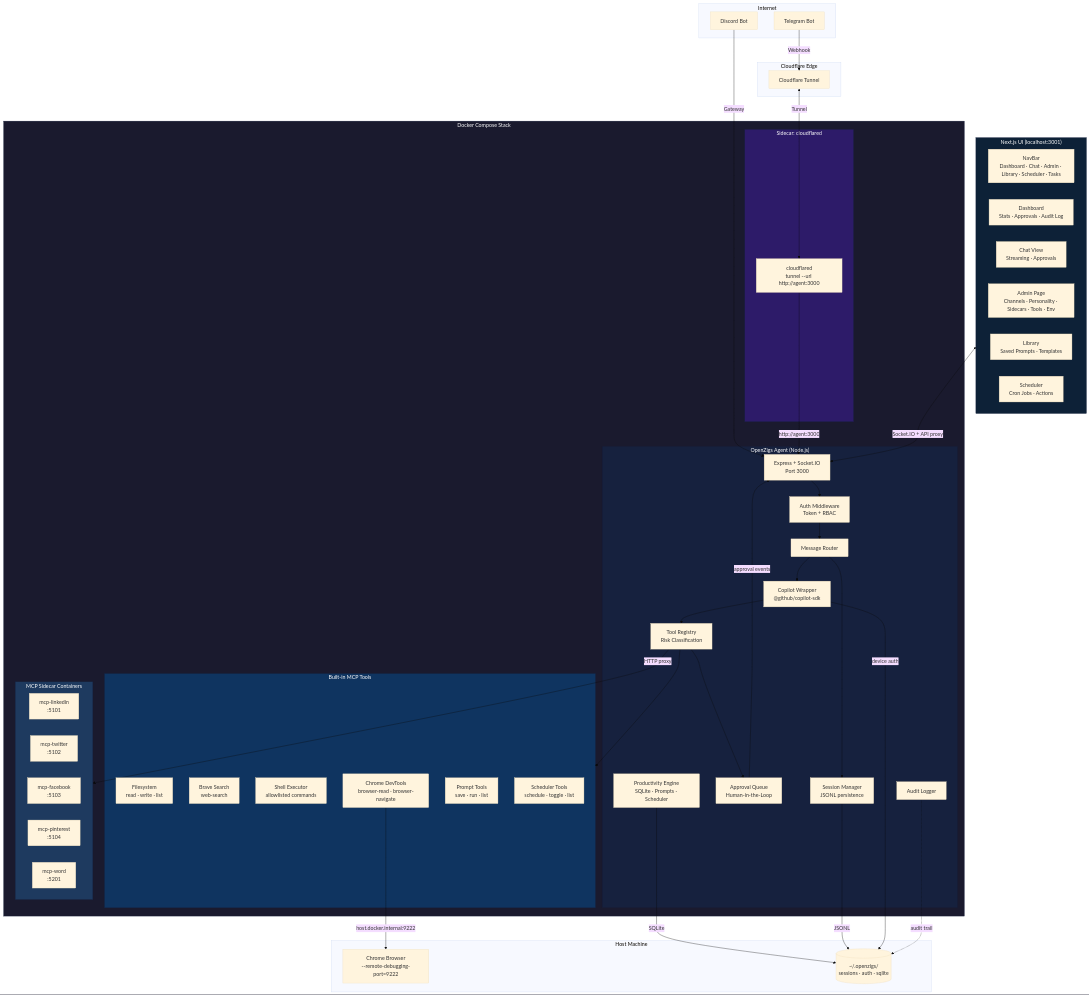
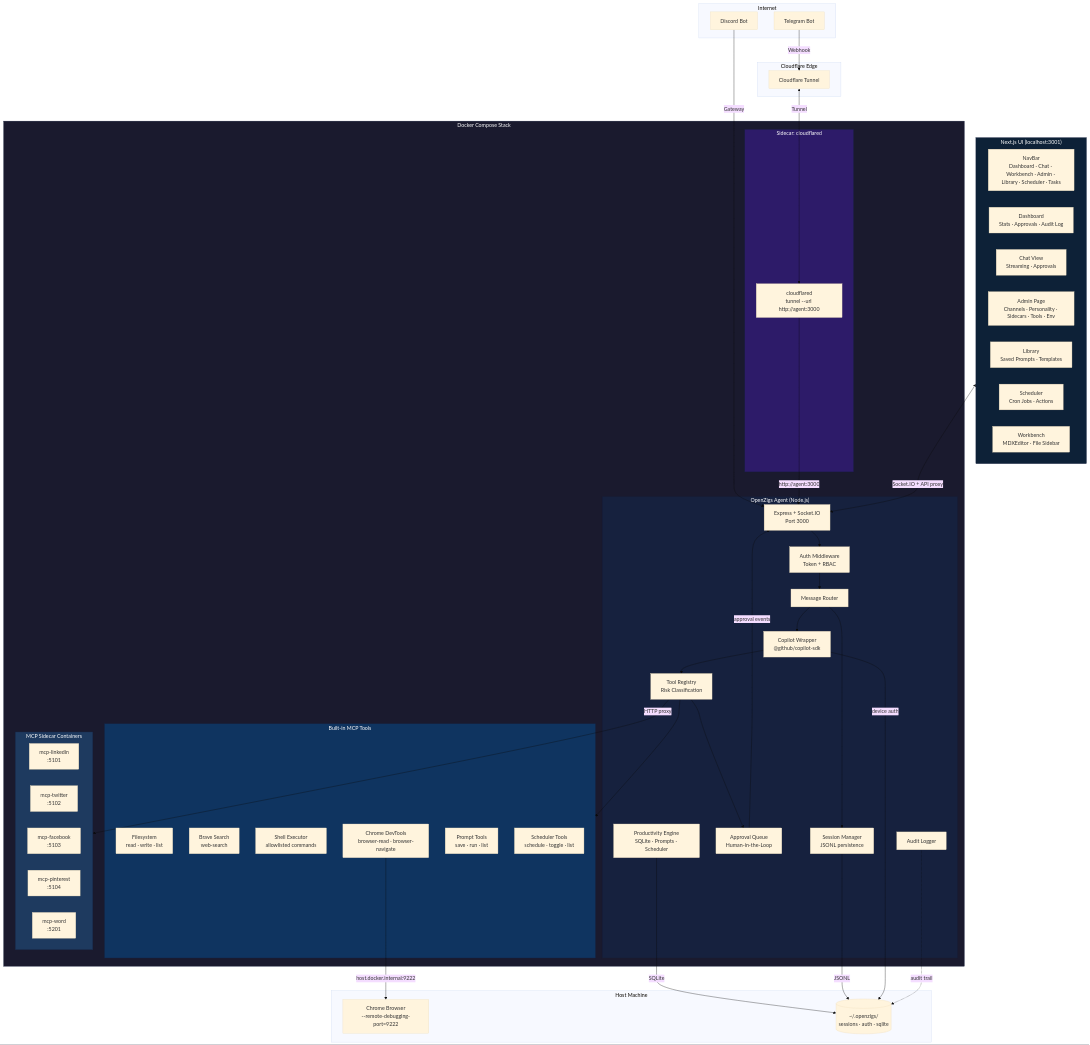
One commit to openzigs/openzigs changed the first of 7 diagrams in docs/ARCHITECTURE.md. Above: the diagram before and after it, drawn with Mermaid (base theme). The commit also changed other lines of this file and 17 other files, not shown here.

```diff
--- a/docs/ARCHITECTURE.md
+++ b/docs/ARCHITECTURE.md
@@ -67,12 +67,13 @@
     end
 
     subgraph NextJS["Next.js UI (localhost:3001)"]
-        NAV[NavBar<br/>Dashboard · Chat · Admin · Library · Scheduler · Tasks]
+        NAV[NavBar<br/>Dashboard · Chat · Workbench · Admin · Library · Scheduler · Tasks]
         DASH[Dashboard<br/>Stats · Approvals · Audit Log]
         CHAT[Chat View<br/>Streaming · Approvals]
         ADMIN[Admin Page<br/>Channels · Personality · Sidecars · Tools · Env]
         LIB[Library<br/>Saved Prompts · Templates]
         SCHED[Scheduler<br/>Cron Jobs · Actions]
+        WB[Workbench<br/>MDXEditor · File Sidebar]
     end
 
     NextJS <-->|Socket.IO + API proxy| EX
```
